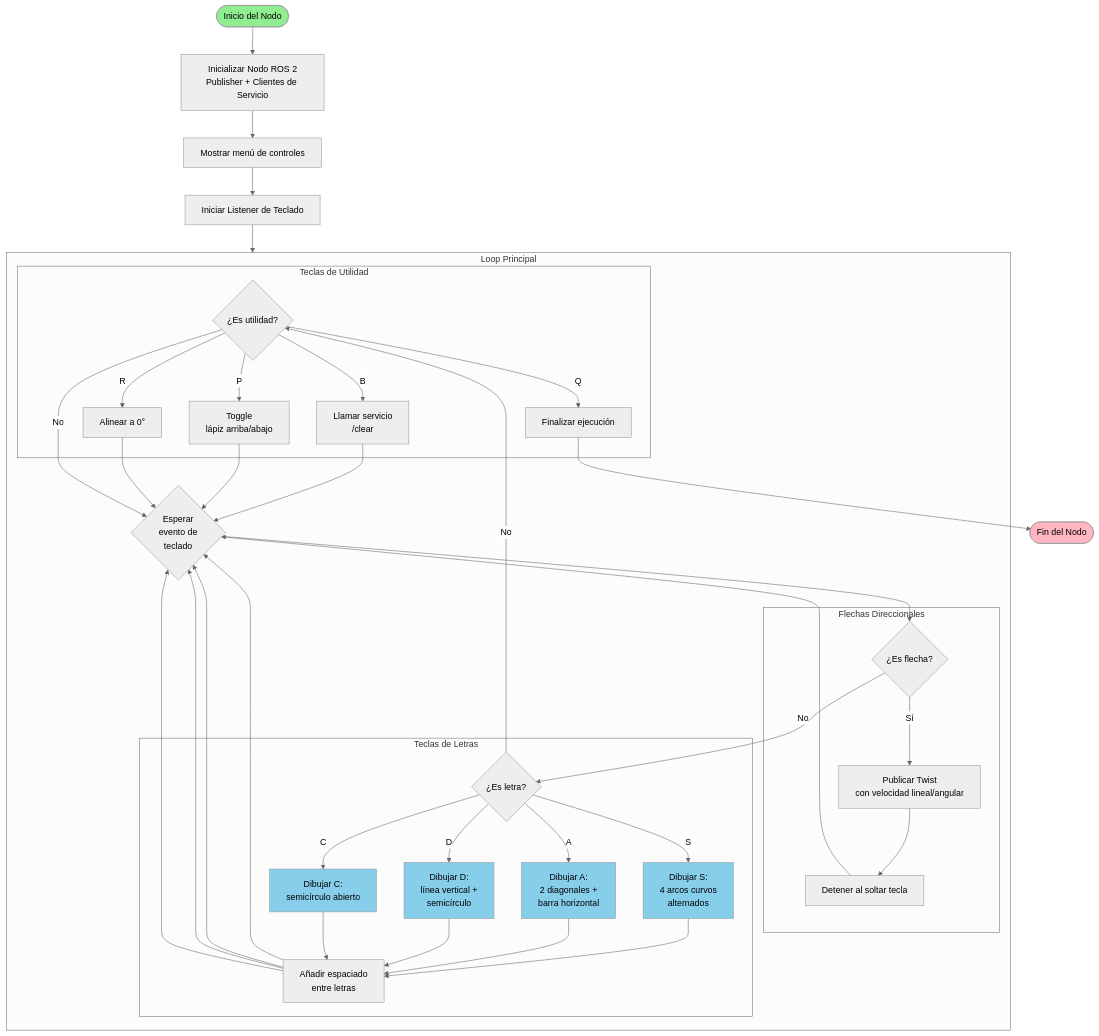
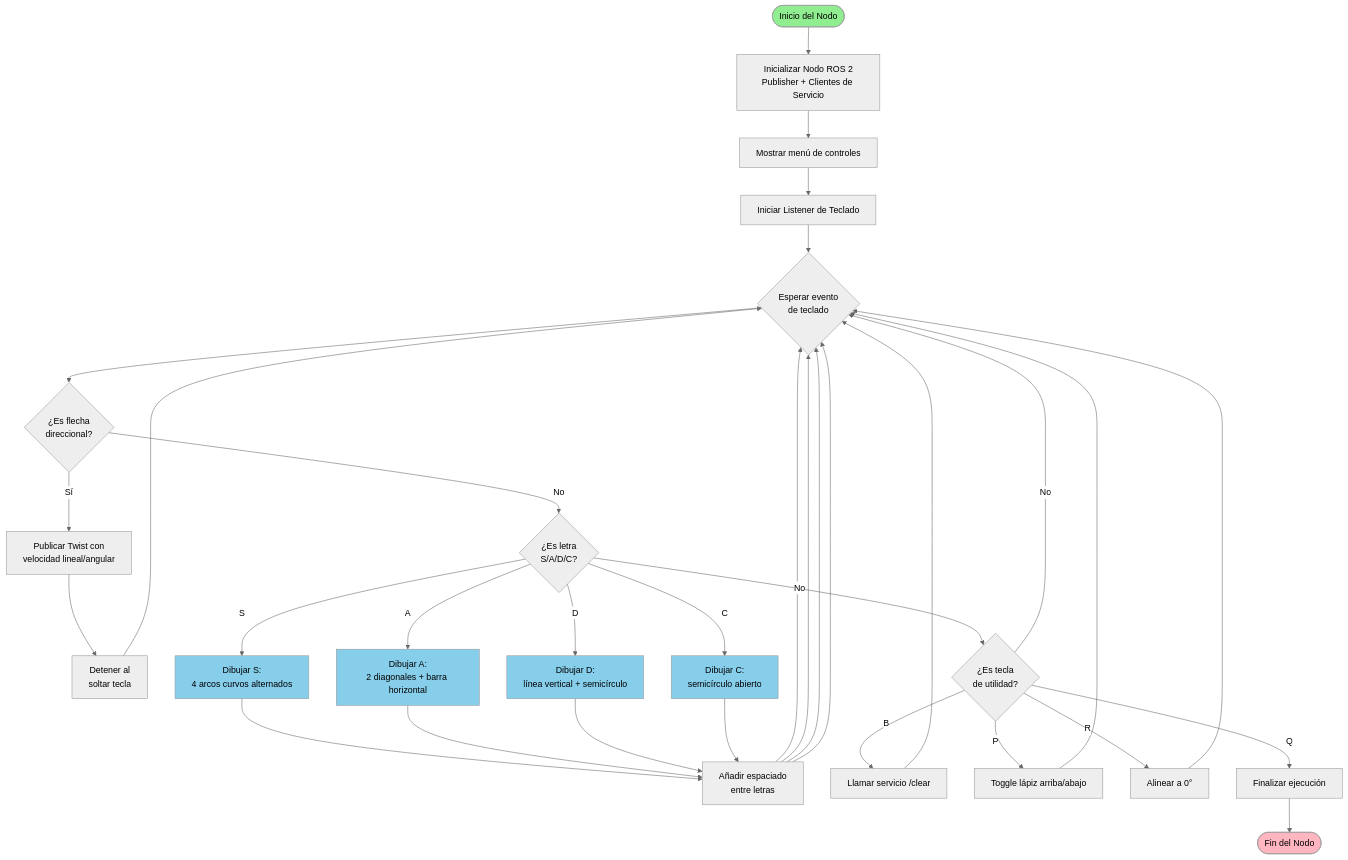
One commit to samsanchezcar/ROS2-Humble-Turtlesim changed the second of 2 diagrams in README.md. Above: the diagram before and after it, drawn with Mermaid (neutral theme). The commit also changed other lines of this file, not shown here.

````diff
--- a/README.md
+++ b/README.md
@@ -302,64 +304,52 @@
 ```mermaid
 flowchart TD
     Start([Inicio del Nodo])
     Init[Inicializar Nodo ROS 2<br/>Publisher + Clientes de Servicio]
     PrintHelp[Mostrar menú de controles]
     StartListener[Iniciar Listener de Teclado]
+    WaitKey{Esperar evento<br/>de teclado}
     
-    subgraph MainLoop["Loop Principal"]
-        WaitKey{Esperar<br/>evento de<br/>teclado}
-        
-        subgraph ArrowKeys["Flechas Direccionales"]
-            CheckArrow{¿Es flecha?}
-            MoveLinear[Publicar Twist<br/>con velocidad lineal/angular]
-            StopOnRelease[Detener al soltar tecla]
-        end
-        
-        subgraph LetterKeys["Teclas de Letras"]
-            CheckLetter{¿Es letra?}
-            
-            DrawS[Dibujar S:<br/>4 arcos curvos<br/>alternados]
-            DrawA[Dibujar A:<br/>2 diagonales +<br/>barra horizontal]
-            DrawD[Dibujar D:<br/>línea vertical +<br/>semicírculo]
-            DrawC[Dibujar C:<br/>semicírculo abierto]
-            
-            AddSpace[Añadir espaciado<br/>entre letras]
-        end
-        
-        subgraph UtilityKeys["Teclas de Utilidad"]
-            CheckUtil{¿Es utilidad?}
-            
-            ClearScreen[Llamar servicio<br/>/clear]
-            TogglePen[Toggle<br/>lápiz arriba/abajo]
-            ResetAngle[Alinear a 0°]
-            Quit[Finalizar ejecución]
-        end
-    end
+    CheckArrow{¿Es flecha<br/>direccional?}
+    MoveLinear[Publicar Twist con<br/>velocidad lineal/angular]
+    StopOnRelease[Detener al<br/>soltar tecla]
+    
+    CheckLetter{¿Es letra<br/>S/A/D/C?}
+    DrawS[Dibujar S:<br/>4 arcos curvos alternados]
+    DrawA[Dibujar A:<br/>2 diagonales + barra horizontal]
+    DrawD[Dibujar D:<br/>línea vertical + semicírculo]
+    DrawC[Dibujar C:<br/>semicírculo abierto]
+    AddSpace[Añadir espaciado<br/>entre letras]
+    
+    CheckUtil{¿Es tecla<br/>de utilidad?}
+    ClearScreen[Llamar servicio /clear]
+    TogglePen[Toggle lápiz arriba/abajo]
+    ResetAngle[Alinear a 0°]
+    Quit[Finalizar ejecución]
     
     End([Fin del Nodo])
     
-    Start --> Init --> PrintHelp --> StartListener --> MainLoop
+    Start --> Init --> PrintHelp --> StartListener --> WaitKey
     
     WaitKey --> CheckArrow
     CheckArrow -->|Sí| MoveLinear --> StopOnRelease --> WaitKey
     CheckArrow -->|No| CheckLetter
     
     CheckLetter -->|S| DrawS --> AddSpace --> WaitKey
     CheckLetter -->|A| DrawA --> AddSpace --> WaitKey
     CheckLetter -->|D| DrawD --> AddSpace --> WaitKey
     CheckLetter -->|C| DrawC --> AddSpace --> WaitKey
     CheckLetter -->|No| CheckUtil
     
     CheckUtil -->|B| ClearScreen --> WaitKey
     CheckUtil -->|P| TogglePen --> WaitKey
     CheckUtil -->|R| ResetAngle --> WaitKey
     CheckUtil -->|Q| Quit --> End
     CheckUtil -->|No| WaitKey
     
     style Start fill:#90EE90
     style End fill:#FFB6C1
     style DrawS fill:#87CEEB
     style DrawA fill:#87CEEB
     style DrawD fill:#87CEEB
     style DrawC fill:#87CEEB
 ```
````
